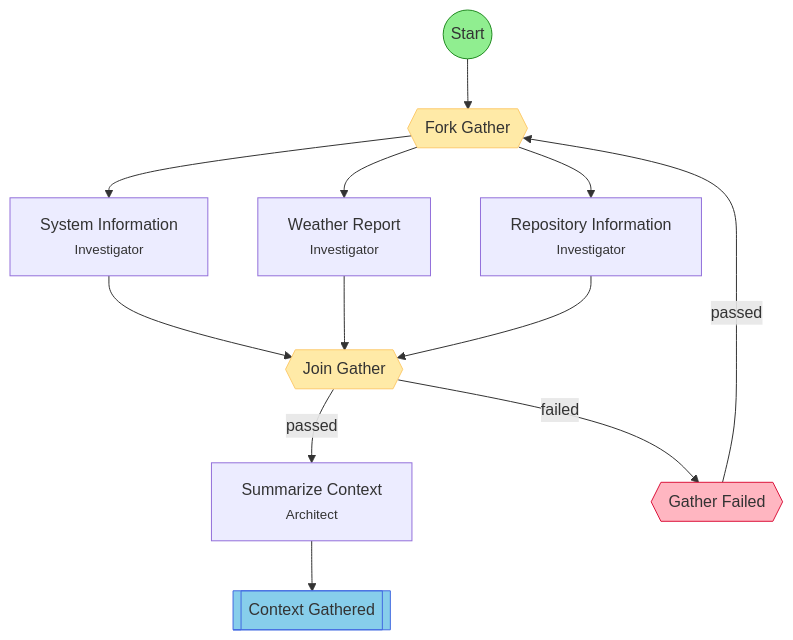
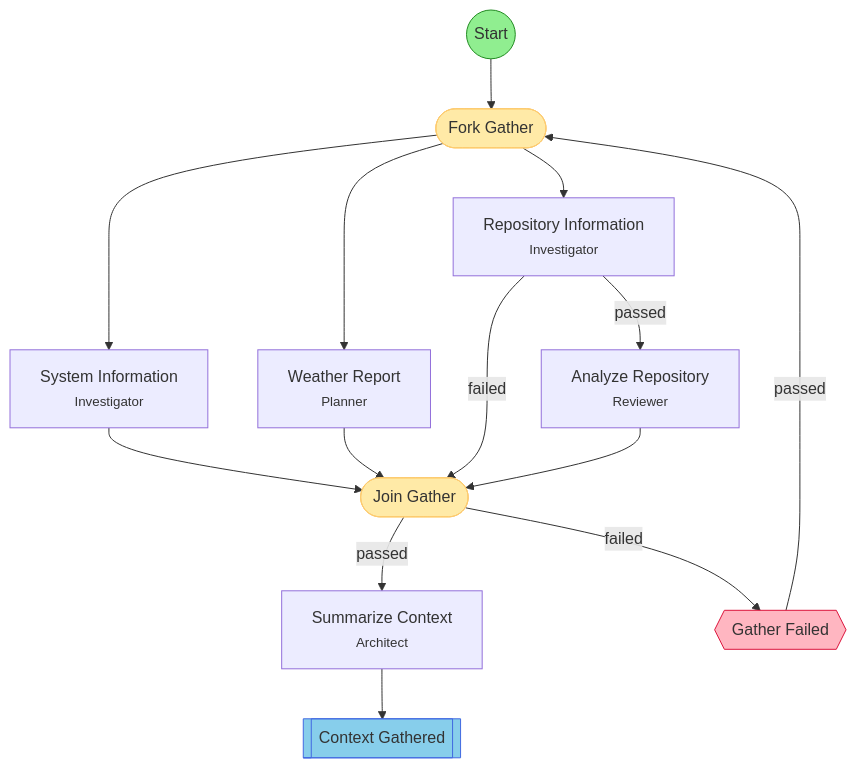
Before and after one commit to leclabs/agent-toolkit: the diagram in .flow/diagrams/context-gather.md, drawn with Mermaid. The commit also changed other lines of this file and 20 other files, not shown here.

````diff
--- a/.flow/diagrams/context-gather.md
+++ b/.flow/diagrams/context-gather.md
@@ -7,35 +7,38 @@
 ```mermaid
 flowchart TD
     start(("Start"))
-    fork_gather{{"Fork Gather"}}
+    fork_gather(["Fork Gather"])
     system_info["System Information<br/><small>Investigator</small>"]
-    weather_info["Weather Report<br/><small>Investigator</small>"]
+    weather_info["Weather Report<br/><small>Planner</small>"]
     repo_info["Repository Information<br/><small>Investigator</small>"]
-    join_gather{{"Join Gather"}}
+    repo_analyze["Analyze Repository<br/><small>Reviewer</small>"]
+    join_gather(["Join Gather"])
     summarize["Summarize Context<br/><small>Architect</small>"]
     end_success[["Context Gathered"]]
     hitl_failed{{"Gather Failed"}}
 
     start --> fork_gather
     fork_gather --> system_info
     fork_gather --> weather_info
     fork_gather --> repo_info
     system_info --> join_gather
     weather_info --> join_gather
-    repo_info --> join_gather
+    repo_info -->|passed| repo_analyze
+    repo_info -->|failed| join_gather
+    repo_analyze --> join_gather
     join_gather -->|passed| summarize
     join_gather -->|failed| hitl_failed
     summarize --> end_success
     hitl_failed -->|passed| fork_gather
 
     classDef startStep fill:#90EE90,stroke:#228B22
     classDef successStep fill:#87CEEB,stroke:#4169E1
     classDef hitlStep fill:#FFB6C1,stroke:#DC143C
     classDef gateStep fill:#E6E6FA,stroke:#9370DB
     classDef forkJoinStep fill:#FFEAA7,stroke:#FDCB6E
     classDef currentStep fill:#FFD700,stroke:#FF8C00,stroke-width:3px
     class start startStep
     class end_success successStep
     class hitl_failed hitlStep
     class fork_gather,join_gather forkJoinStep
 ```
````
